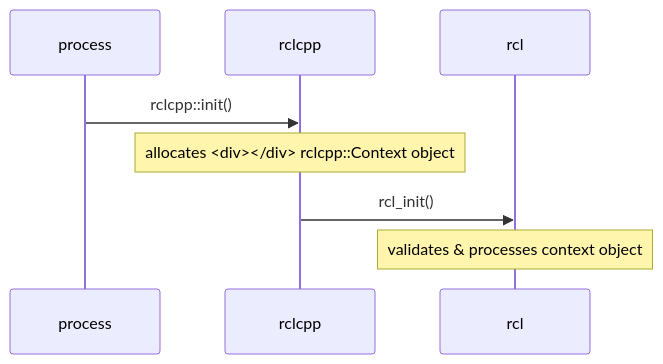
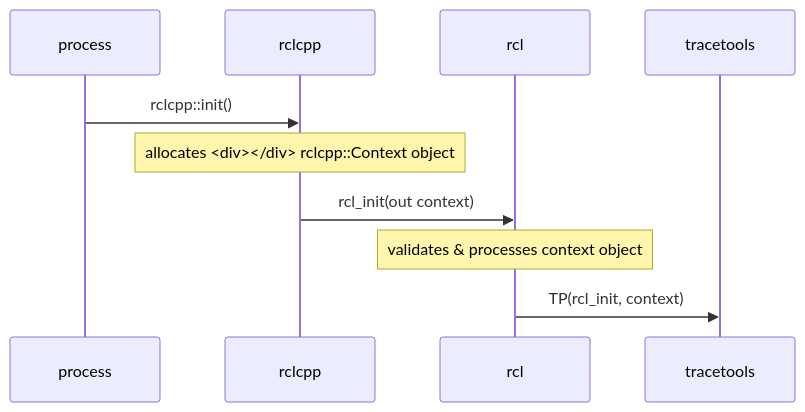
One commit to ros2/ros2_tracing changed the first of 6 diagrams in doc/ros_2.md. Above: the diagram before and after it, drawn with Mermaid. The commit also changed other lines of this file, not shown here.

````diff
--- a/doc/ros_2.md
+++ b/doc/ros_2.md
@@ -23,11 +23,14 @@
 ```mermaid
 sequenceDiagram
     participant process
     participant rclcpp
     participant rcl
+    participant tracetools
 
     process->>rclcpp: rclcpp::init()
     Note over rclcpp: allocates <div></div> rclcpp::Context object
-    rclcpp->>rcl: rcl_init()
+    rclcpp->>rcl: rcl_init(out context)
     Note over rcl: validates & processes context object
+
+    rcl->>tracetools: TP(rcl_init, context)
 ```
````
